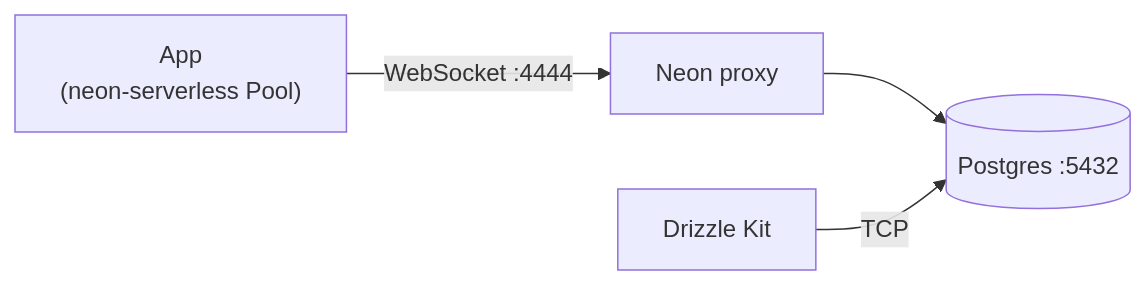
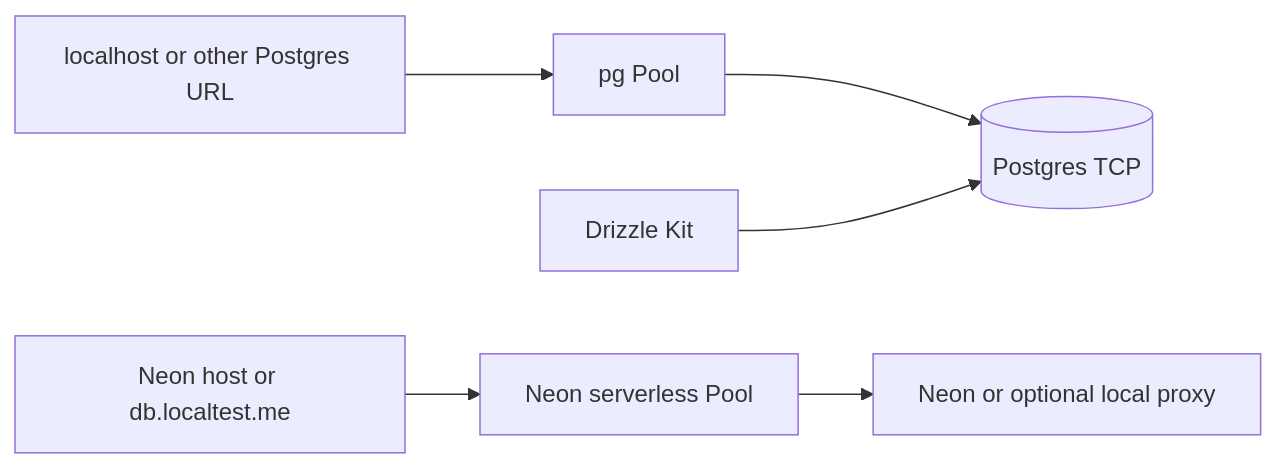
The diagram in docs/engineering.md (mislam/better-saas), drawn with Mermaid before and after one commit. The commit also changed other lines of this file and 25 other files, not shown here.

````diff
--- a/docs/engineering.md
+++ b/docs/engineering.md
@@ -43,6 +45,8 @@
 ```mermaid
 flowchart LR
-  App["App<br/>(neon-serverless Pool)"] -->|WebSocket :4444| Proxy["Neon proxy"]
-  Proxy --> DB[(Postgres :5432)]
-  Kit["Drizzle Kit"] -->|TCP| DB
+  defaultUrl["localhost or other Postgres URL"] --> pgPool["pg Pool"]
+  pgPool --> postgres[(Postgres TCP)]
+  kit["Drizzle Kit"] --> postgres
+  neonUrl["Neon host or db.localtest.me"] --> neonPool["Neon serverless Pool"]
+  neonPool --> neonTarget["Neon or optional local proxy"]
 ```
````
